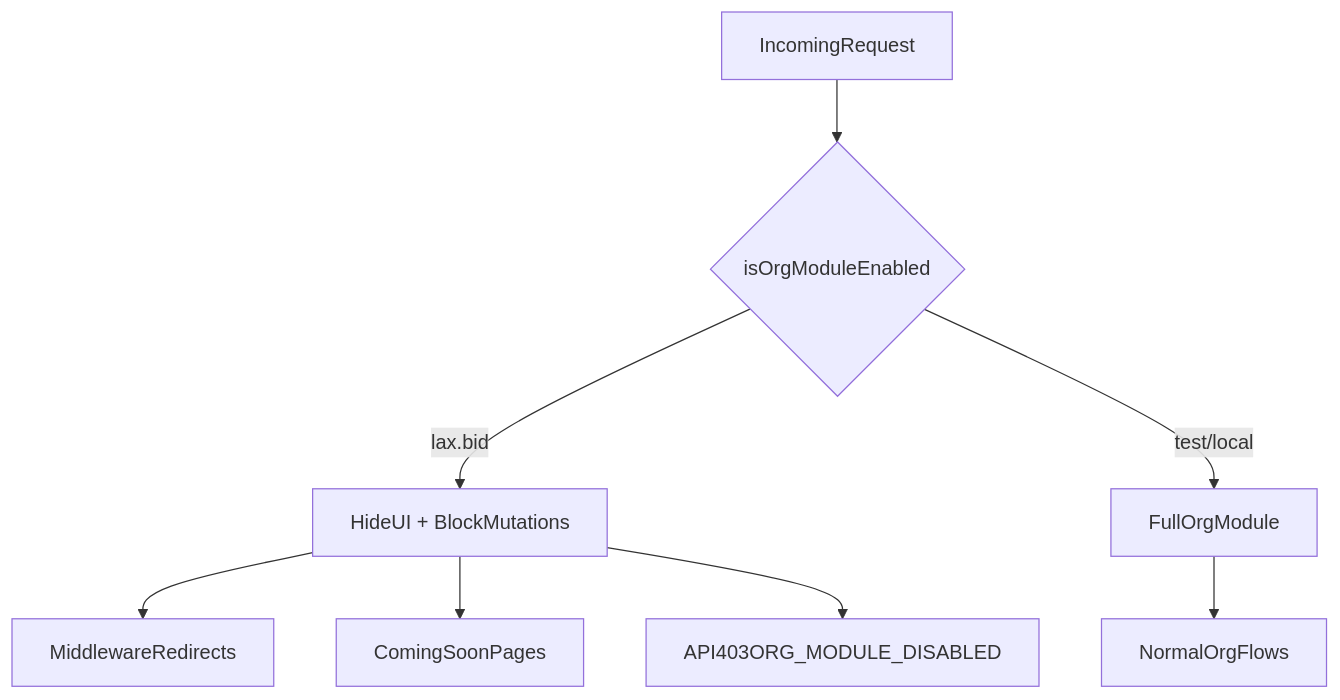
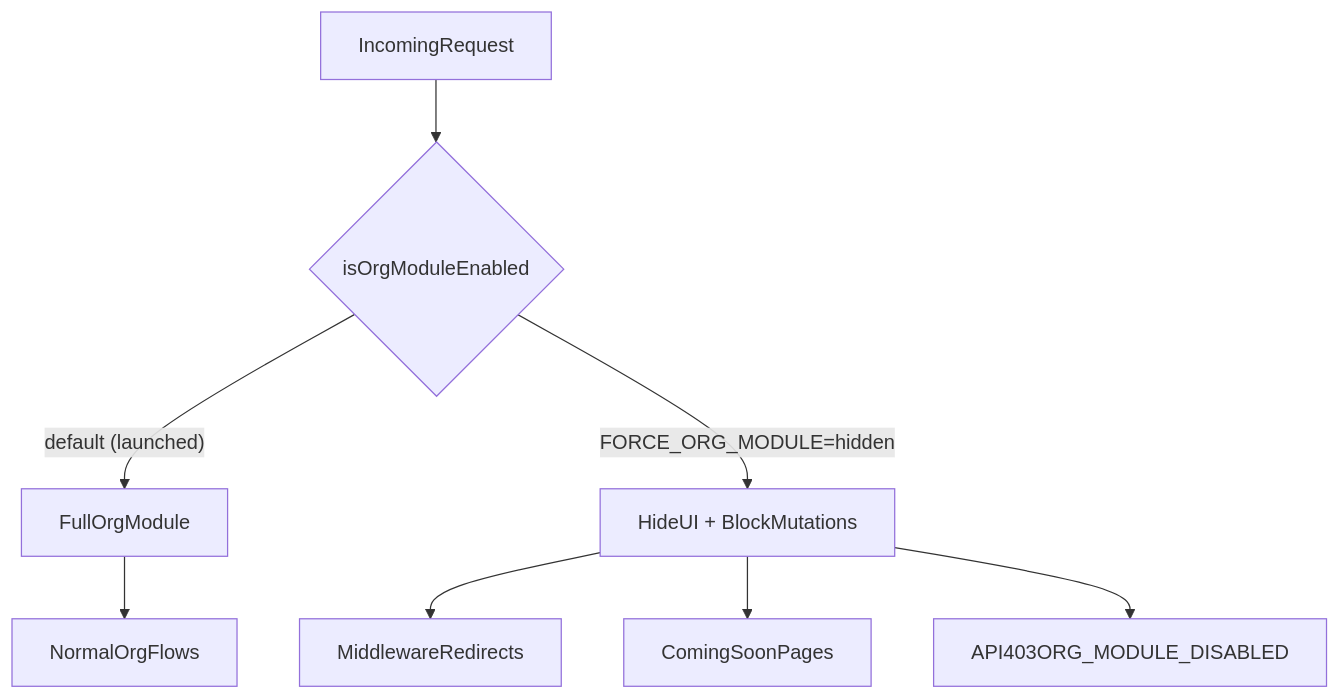
One commit to LAX-UK/monorepo changed the diagram in docs/runbooks/org-module-launch.md. Above: the diagram before and after it, drawn with Mermaid. The commit also changed other lines of this file and 48 other files, not shown here.

````diff
--- a/docs/runbooks/org-module-launch.md
+++ b/docs/runbooks/org-module-launch.md
@@ -65,10 +63,10 @@
 ```mermaid
 flowchart TD
-  request[IncomingRequest] --> hostCheck{isOrgModuleEnabled}
-  hostCheck -->|lax.bid| hidden[HideUI + BlockMutations]
-  hostCheck -->|test/local| enabled[FullOrgModule]
+  request[IncomingRequest] --> flagCheck{isOrgModuleEnabled}
+  flagCheck -->|"default (launched)"| enabled[FullOrgModule]
+  flagCheck -->|"FORCE_ORG_MODULE=hidden"| hidden[HideUI + BlockMutations]
   hidden --> middleware[MiddlewareRedirects]
   hidden --> pages[ComingSoonPages]
   hidden --> api403[API403ORG_MODULE_DISABLED]
   enabled --> normal[NormalOrgFlows]
 ```
````
